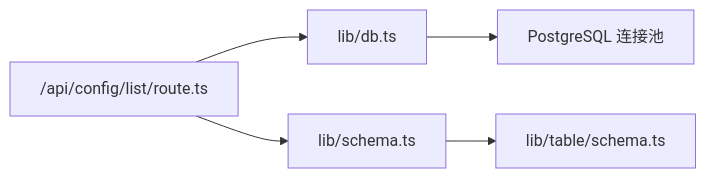
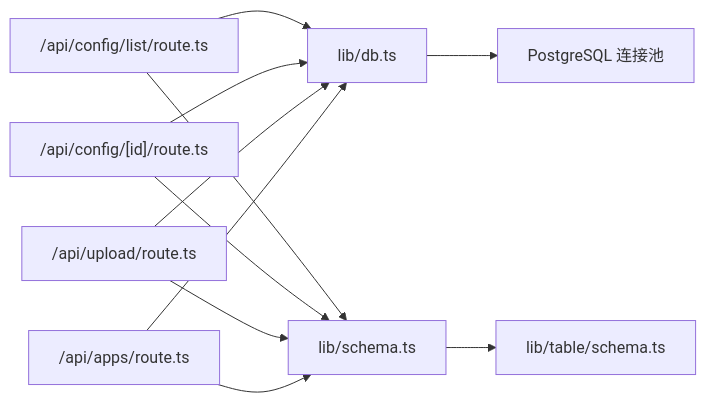
One commit to HAOFUYANG/nextjs-admin changed the fifth of 5 diagrams in .qoder/repowiki/zh/content/数据库集成/API 接口设计/配置管理 API.md. Above: the diagram before and after it, drawn with Mermaid. The commit also changed other lines of this file and 15 other files, not shown here.

````diff
--- a/.qoder/repowiki/zh/content/数据库集成/API 接口设计/配置管理 API.md
+++ b/.qoder/repowiki/zh/content/数据库集成/API 接口设计/配置管理 API.md
@@ -198,7 +415,13 @@
 ```mermaid
 graph LR
-ROUTE["/api/config/list/route.ts"] --> DB["lib/db.ts"]
-ROUTE --> SCHEMA["lib/schema.ts"]
+CONFIG_LIST["/api/config/list/route.ts"] --> DB["lib/db.ts"]
+CONFIG_ID["/api/config/[id]/route.ts"] --> DB
+UPLOAD["/api/upload/route.ts"] --> DB
+APPS["/api/apps/route.ts"] --> DB
+DB --> PG["PostgreSQL 连接池"]
+CONFIG_LIST --> SCHEMA["lib/schema.ts"]
+CONFIG_ID --> SCHEMA
+UPLOAD --> SCHEMA
+APPS --> SCHEMA
 SCHEMA --> TBL["lib/table/schema.ts"]
-DB --> PG["PostgreSQL 连接池"]
 ```
````
